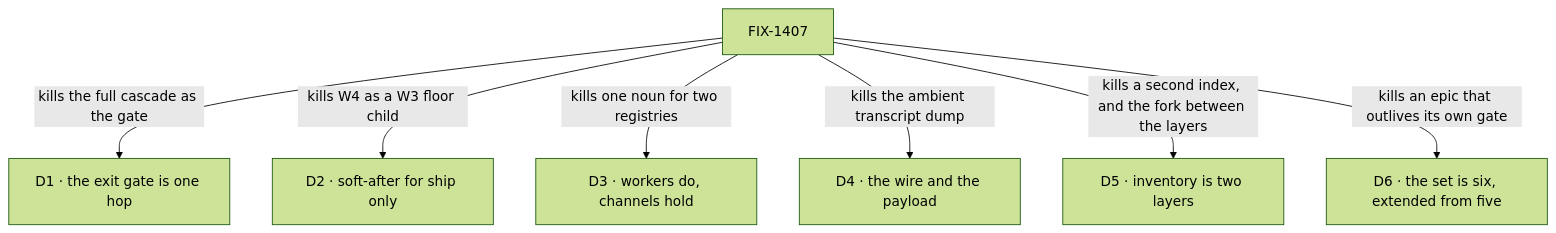
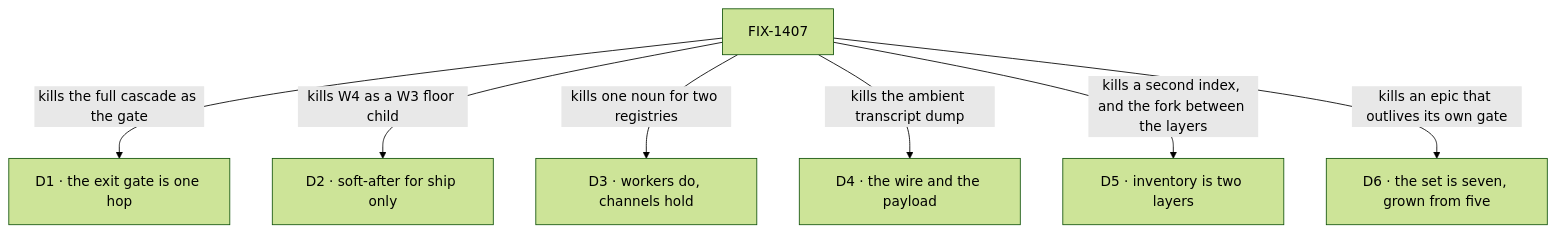
Before and after one commit to fixpoint-labs/flow-state-dev: the diagram in spec/_epics/work-routing-package-cohesion/DECISIONS.md, drawn with Mermaid (forest theme). The commit also changed other lines of this file and 4 other files, not shown here.

````diff
--- a/spec/_epics/work-routing-package-cohesion/DECISIONS.md
+++ b/spec/_epics/work-routing-package-cohesion/DECISIONS.md
@@ -20,9 +20,9 @@
 ```mermaid
 flowchart TD
   E["FIX-1407"] -->|"kills the full cascade as the gate"| D1["D1 · the exit gate is one hop"]
   E -->|"kills W4 as a W3 floor child"| D2["D2 · soft-after for ship only"]
   E -->|"kills one noun for two registries"| D3["D3 · workers do, channels hold"]
   E -->|"kills the ambient transcript dump"| D4["D4 · the wire and the payload"]
   E -->|"kills a second index, and the fork between the layers"| D5["D5 · inventory is two layers"]
-  E -->|"kills an epic that outlives its own gate"| D6["D6 · the set is six, extended from five"]
+  E -->|"kills an epic that outlives its own gate"| D6["D6 · the set is seven, grown from five"]
 ```
````
